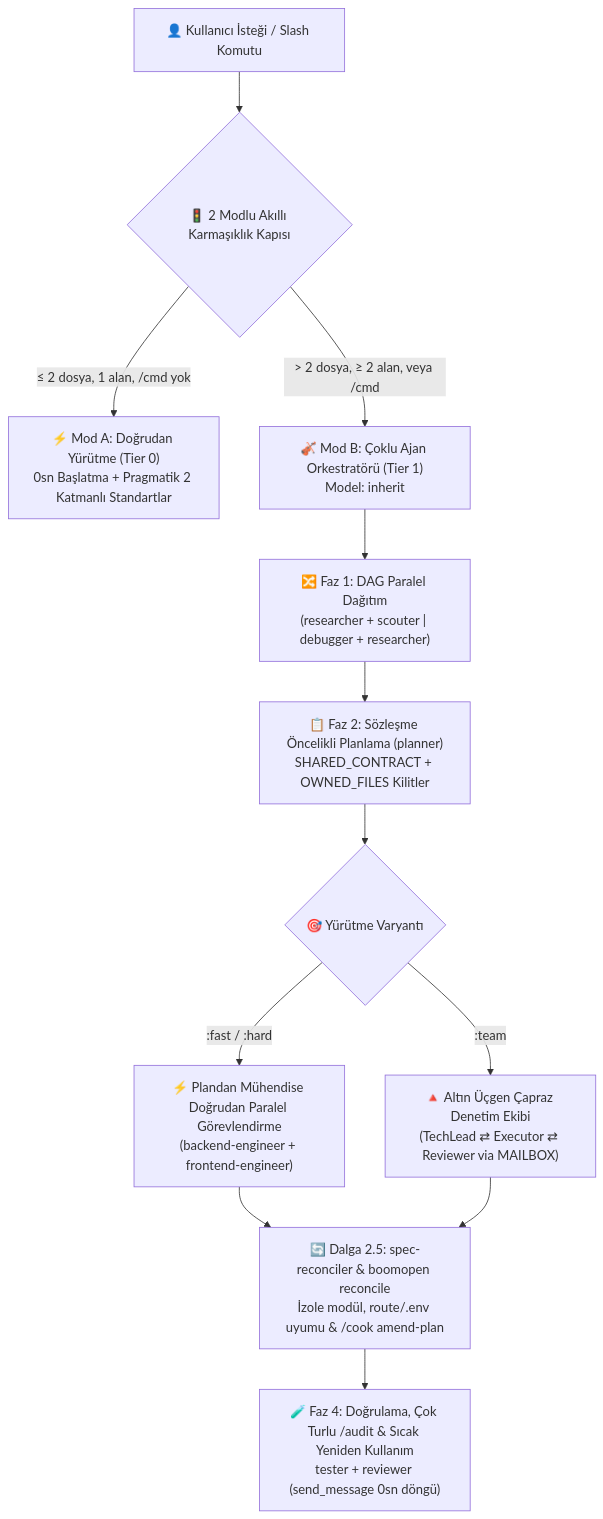
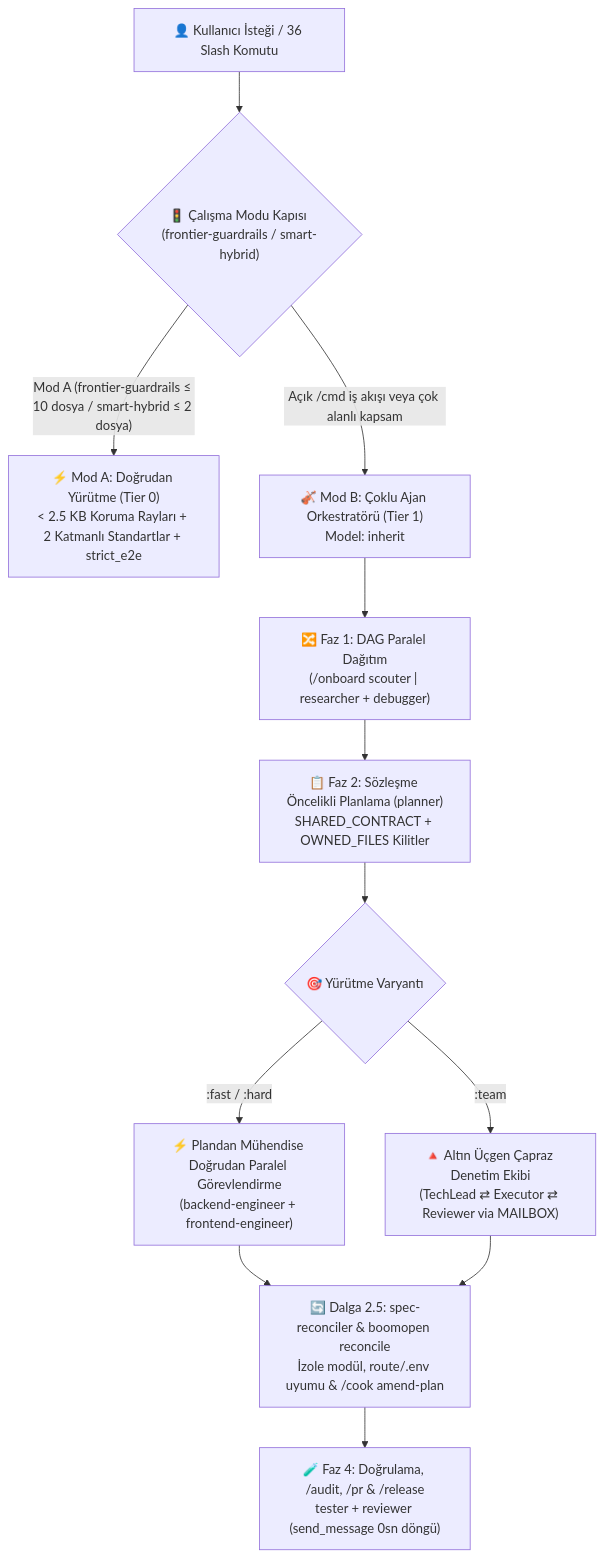
One commit to Kennyboom/BoomOpen-Workflow-Kit-Pro changed the diagram in i18n/README.tr.md. Above: the diagram before and after it, drawn with Mermaid. The commit also changed other lines of this file and 99 other files, not shown here.

````diff
--- a/i18n/README.tr.md
+++ b/i18n/README.tr.md
@@ -49,17 +58,17 @@
 ```mermaid
 flowchart TD
-    User["👤 Kullanıcı İsteği / Slash Komutu"] --> Gate{"🚦 2 Modlu Akıllı Karmaşıklık Kapısı"}
-    Gate -->|"≤ 2 dosya, 1 alan, /cmd yok"| ModeA["⚡ Mod A: Doğrudan Yürütme (Tier 0)<br/>0sn Başlatma + Pragmatik 2 Katmanlı Standartlar"]
-    Gate -->|"> 2 dosya, ≥ 2 alan, veya /cmd"| ModeB["🎻 Mod B: Çoklu Ajan Orkestratörü (Tier 1)<br/>Model: inherit"]
+    User["👤 Kullanıcı İsteği / 36 Slash Komutu"] --> Gate{"🚦 Çalışma Modu Kapısı (frontier-guardrails / smart-hybrid)"}
+    Gate -->|"Mod A (frontier-guardrails ≤ 10 dosya / smart-hybrid ≤ 2 dosya)"| ModeA["⚡ Mod A: Doğrudan Yürütme (Tier 0)<br/>< 2.5 KB Koruma Rayları + 2 Katmanlı Standartlar + strict_e2e"]
+    Gate -->|"Açık /cmd iş akışı veya çok alanlı kapsam"| ModeB["🎻 Mod B: Çoklu Ajan Orkestratörü (Tier 1)<br/>Model: inherit"]
 
-    ModeB --> FanOut["🔀 Faz 1: DAG Paralel Dağıtım<br/>(researcher + scouter | debugger + researcher)"]
+    ModeB --> FanOut["🔀 Faz 1: DAG Paralel Dağıtım<br/>(/onboard scouter | researcher + debugger)"]
     FanOut --> Plan["📋 Faz 2: Sözleşme Öncelikli Planlama (planner)<br/>SHARED_CONTRACT + OWNED_FILES Kilitler"]
     Plan --> Dispatch{"🎯 Yürütme Varyantı"}
 
     Dispatch -->|":fast / :hard"| Direct["⚡ Plandan Mühendise Doğrudan Paralel Görevlendirme<br/>(backend-engineer + frontend-engineer)"]
     Dispatch -->|":team"| Triangle["🔺 Altın Üçgen Çapraz Denetim Ekibi<br/>(TechLead ⇄ Executor ⇄ Reviewer via MAILBOX)"]
 
     Direct --> Reconcile["🔄 Dalga 2.5: spec-reconciler & boomopen reconcile<br/>İzole modül, route/.env uyumu & /cook amend-plan"]
     Triangle --> Reconcile
-    Reconcile --> Verify["🧪 Faz 4: Doğrulama, Çok Turlu /audit & Sıcak Yeniden Kullanım<br/>tester + reviewer (send_message 0sn döngü)"]
+    Reconcile --> Verify["🧪 Faz 4: Doğrulama, /audit, /pr & /release<br/>tester + reviewer (send_message 0sn döngü)"]
 ```
````
